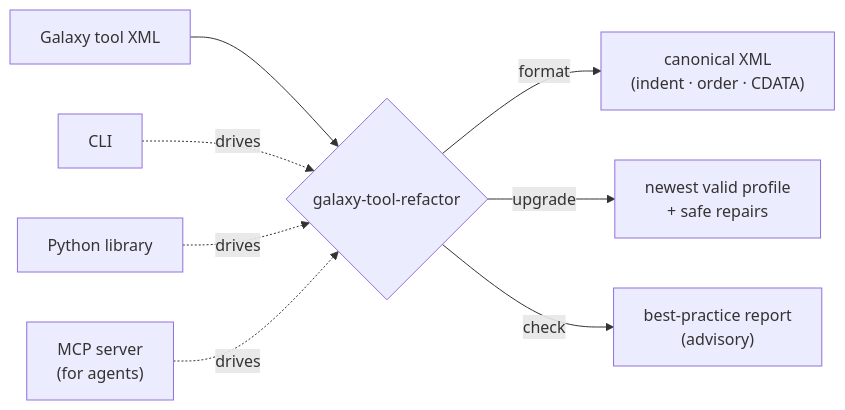
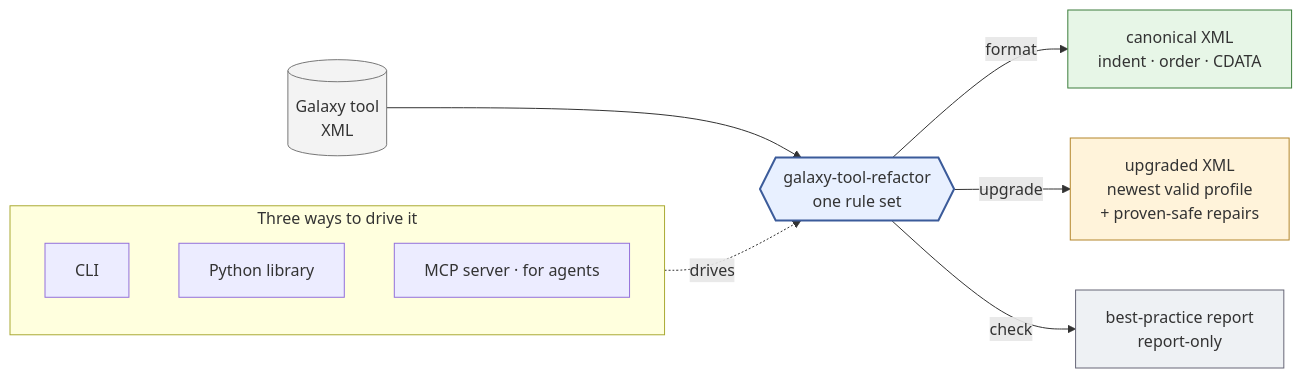
One commit to richard-burhans/galaxy-tool-refactor changed the diagram in docs/guide/index.md. Above: the diagram before and after it, drawn with Mermaid. The commit also changed other lines of this file and 1 other file, not shown here.

Commit message:
docs(guide): refine the Mermaid figures
Polish the two rough sketches into presentable diagrams:

- index.md master pipeline: group the three surfaces (CLI / library / MCP) in a
  subgraph, route them into the engine, and colour the three outputs by GUARANTEE
  — green = behaviour-preserving (format), amber = bounded (upgrade; links to
  soundness), grey = report-only (check). Adds a one-line colour legend.
- for-leadership.md value-flow: cleaner problem -> automation -> outcomes, with the
  two outcome paths converging on a single "advancing Galaxy and reproducible
  science" goal node.

Both use explicit `class` statements (not inline `:::`) for maximum GitHub/Sphinx
mermaid compatibility, and drop the "rough sketch — to be refined" captions.

````diff
--- a/docs/guide/index.md
+++ b/docs/guide/index.md
@@ -7,10 +7,30 @@
 ```mermaid
 flowchart LR
-    src["Galaxy tool XML"] --> R{galaxy-tool-refactor}
-    R -->|format| F["canonical XML<br/>(indent · order · CDATA)"]
-    R -->|upgrade| U["newest valid profile<br/>+ safe repairs"]
-    R -->|check| C["best-practice report<br/>(advisory)"]
-    cli["CLI"] -.drives.-> R
-    lib["Python library"] -.drives.-> R
-    mcp["MCP server<br/>(for agents)"] -.drives.-> R
+    subgraph S["Three ways to drive it"]
+        direction TB
+        CLI["CLI"]
+        LIB["Python library"]
+        MCP["MCP server · for agents"]
+    end
+
+    XML[("Galaxy tool<br/>XML")]
+    ENGINE{{"galaxy-tool-refactor<br/>one rule set"}}
+
+    S -. drives .-> ENGINE
+    XML --> ENGINE
+
+    ENGINE -->|format| FMT["canonical XML<br/>indent · order · CDATA"]
+    ENGINE -->|upgrade| UPG["upgraded XML<br/>newest valid profile<br/>+ proven-safe repairs"]
+    ENGINE -->|check| CHK["best-practice report<br/>report-only"]
+
+    classDef engine fill:#e8f0ff,stroke:#3b5b9a,stroke-width:2px;
+    classDef io fill:#f3f3f3,stroke:#777777;
+    classDef safe fill:#e7f6e7,stroke:#3c7d3c;
+    classDef bounded fill:#fff3da,stroke:#b3852a;
+    classDef report fill:#eef1f4,stroke:#666677;
+    class ENGINE engine;
+    class XML io;
+    class FMT safe;
+    class UPG bounded;
+    class CHK report;
 ```
````
